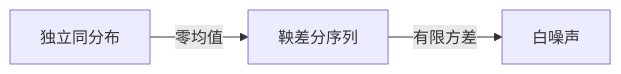
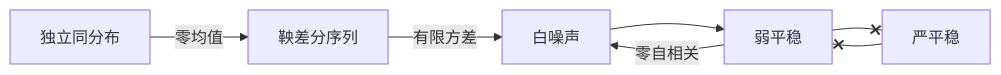
The diagram in content/学业/计量经济学.md (Lochjiang/quartz), drawn with Mermaid before and after one commit. The commit also changed other lines of this file and 1 other file, not shown here.

Commit message:
Quartz sync: Aug 21, 2026, 9:52 PM

````diff
--- a/content/学业/计量经济学.md
+++ b/content/学业/计量经济学.md
@@ -43,4 +43,8 @@
 ```mermaid
 graph LR
 独立同分布-->|零均值|鞅差分序列-->|有限方差|白噪声
+白噪声-->弱平稳
+弱平稳-->|零自相关|白噪声
+弱平稳--x严平稳
+严平稳--x弱平稳
 ```
````
